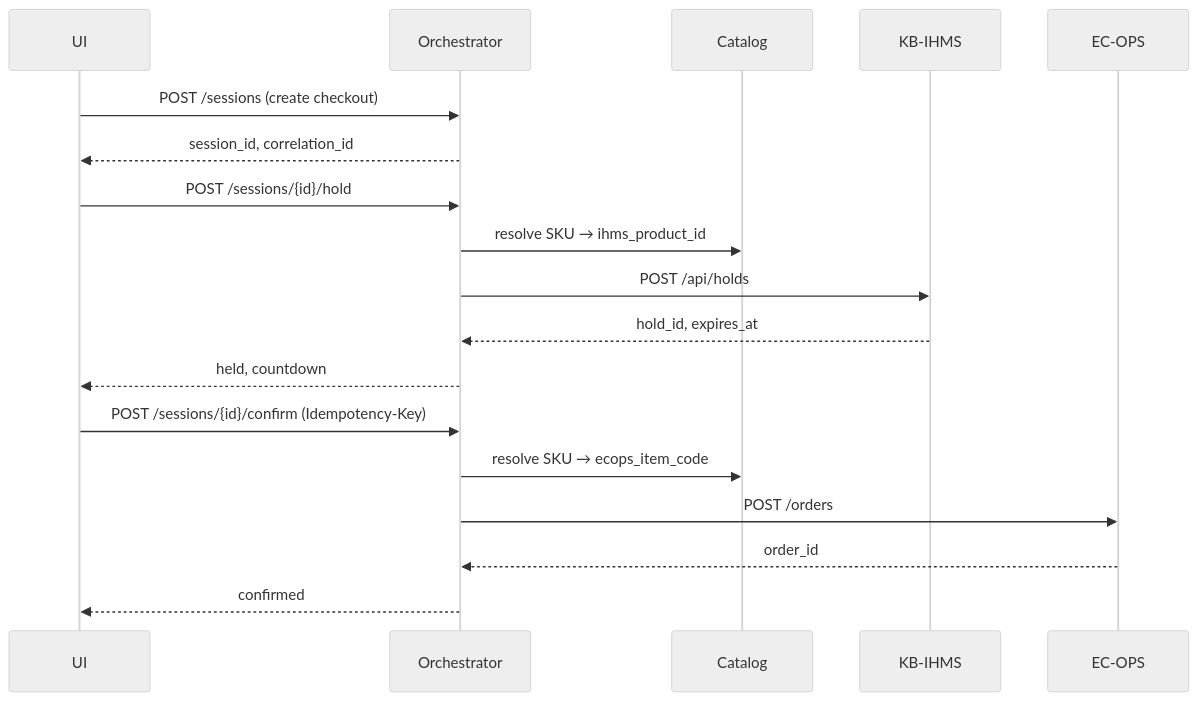
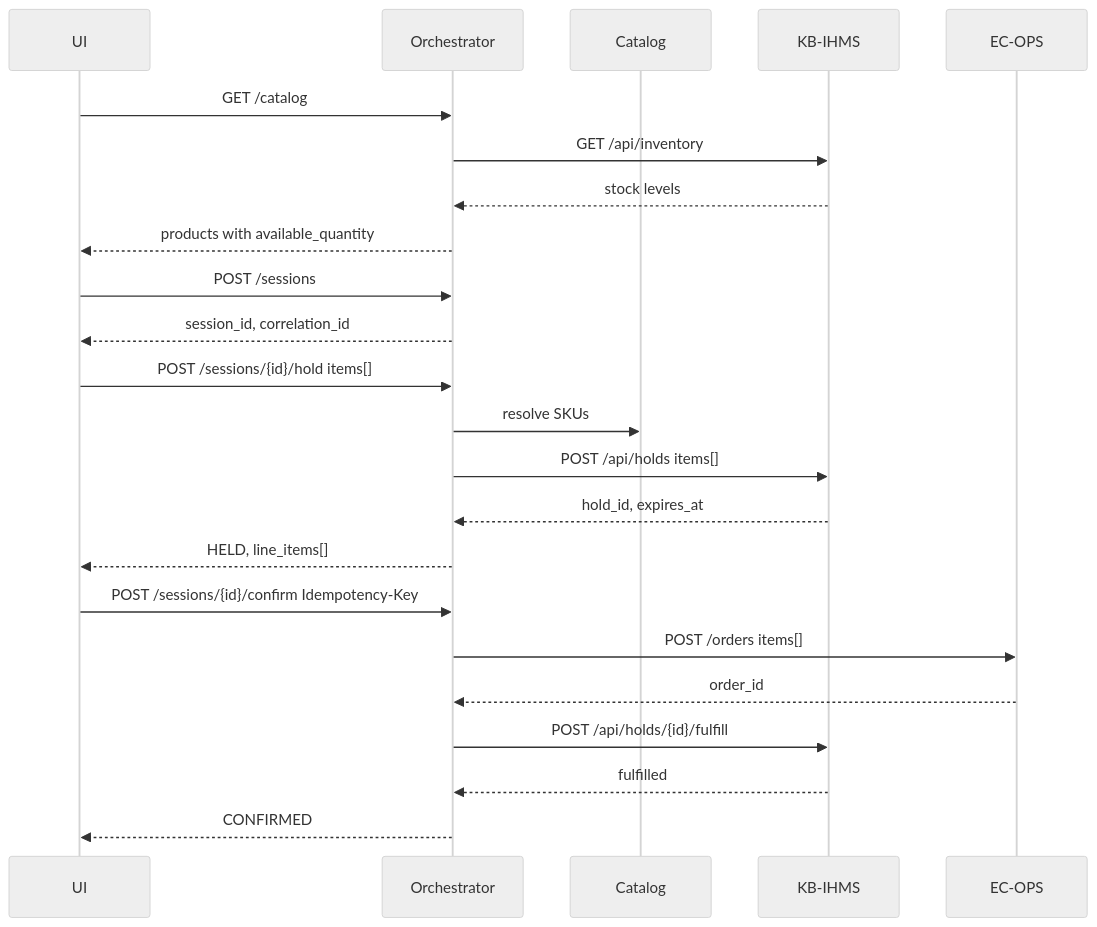
One commit to iamkaranvalecha/IHMS-OMS changed the diagram in docs/sequences/checkout.md. Above: the diagram before and after it, drawn with Mermaid (neutral theme). The commit also changed other lines of this file and 3 other files, not shown here.

Commit message:
docs: v0.9.1 consolidated checkout — FULFILL_PENDING, multi-item hold, PR #34 session log

````diff
--- a/docs/sequences/checkout.md
+++ b/docs/sequences/checkout.md
@@ -17,23 +17,29 @@
 ```mermaid
 sequenceDiagram
   participant UI
   participant API as Orchestrator
   participant CAT as Catalog
   participant IHMS as KB-IHMS
   participant OPS as EC-OPS
 
-  UI->>API: POST /sessions (create checkout)
+  UI->>API: GET /catalog
+  API->>IHMS: GET /api/inventory
+  IHMS-->>API: stock levels
+  API-->>UI: products with available_quantity
+
+  UI->>API: POST /sessions
   API-->>UI: session_id, correlation_id
 
-  UI->>API: POST /sessions/{id}/hold
-  API->>CAT: resolve SKU → ihms_product_id
-  API->>IHMS: POST /api/holds
+  UI->>API: POST /sessions/{id}/hold items[]
+  API->>CAT: resolve SKUs
+  API->>IHMS: POST /api/holds items[]
   IHMS-->>API: hold_id, expires_at
-  API-->>UI: held, countdown
+  API-->>UI: HELD, line_items[]
 
-  UI->>API: POST /sessions/{id}/confirm (Idempotency-Key)
-  API->>CAT: resolve SKU → ecops_item_code
-  API->>OPS: POST /orders
+  UI->>API: POST /sessions/{id}/confirm Idempotency-Key
+  API->>OPS: POST /orders items[]
   OPS-->>API: order_id
-  API-->>UI: confirmed
+  API->>IHMS: POST /api/holds/{id}/fulfill
+  IHMS-->>API: fulfilled
+  API-->>UI: CONFIRMED
 ```
````
